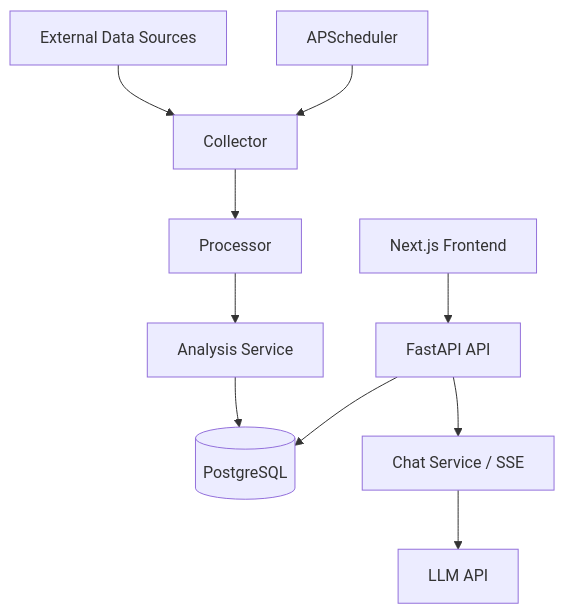
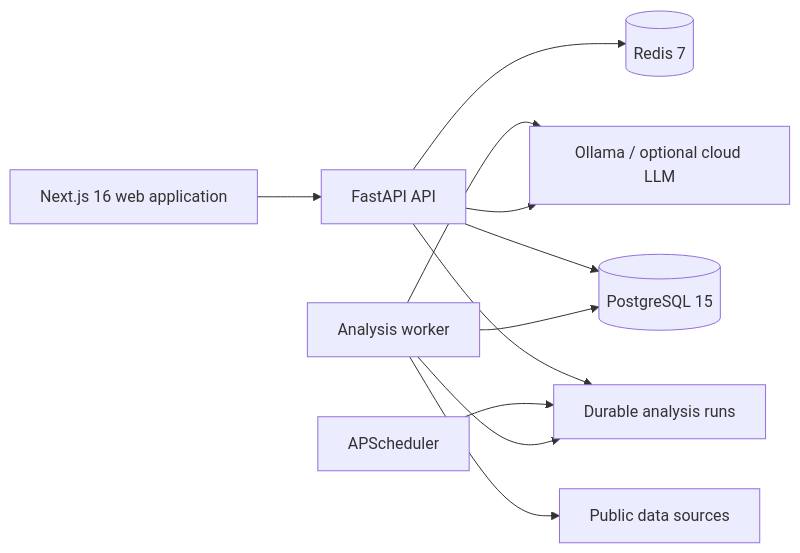
Before and after one commit to KinguYume-G/decypher-ai: the second of 2 diagrams in README.md, drawn with Mermaid. The commit also changed other lines of this file and 83 other files, not shown here.

````diff
--- a/README.md
+++ b/README.md
@@ -33,13 +95,13 @@
 ```mermaid
-graph TD
-    A[External Data Sources] --> B[Collector]
-    B --> C[Processor]
-    C --> D[Analysis Service]
-    D --> E[(PostgreSQL)]
-    F[APScheduler] --> B
-
-    G[Next.js Frontend] --> H[FastAPI API]
-    H --> E
-    H --> I[Chat Service / SSE]
-    I --> J[LLM API]
+flowchart LR
+    UI[Next.js 16 web application] --> API[FastAPI API]
+    API --> DB[(PostgreSQL 15)]
+    API --> Runs[Durable analysis runs]
+    Scheduler[APScheduler] --> Runs
+    Worker[Analysis worker] --> Runs
+    Worker --> Sources[Public data sources]
+    Worker --> LLM[Ollama / optional cloud LLM]
+    Worker --> DB
+    API --> Redis[(Redis 7)]
+    API --> LLM
 ```
````
